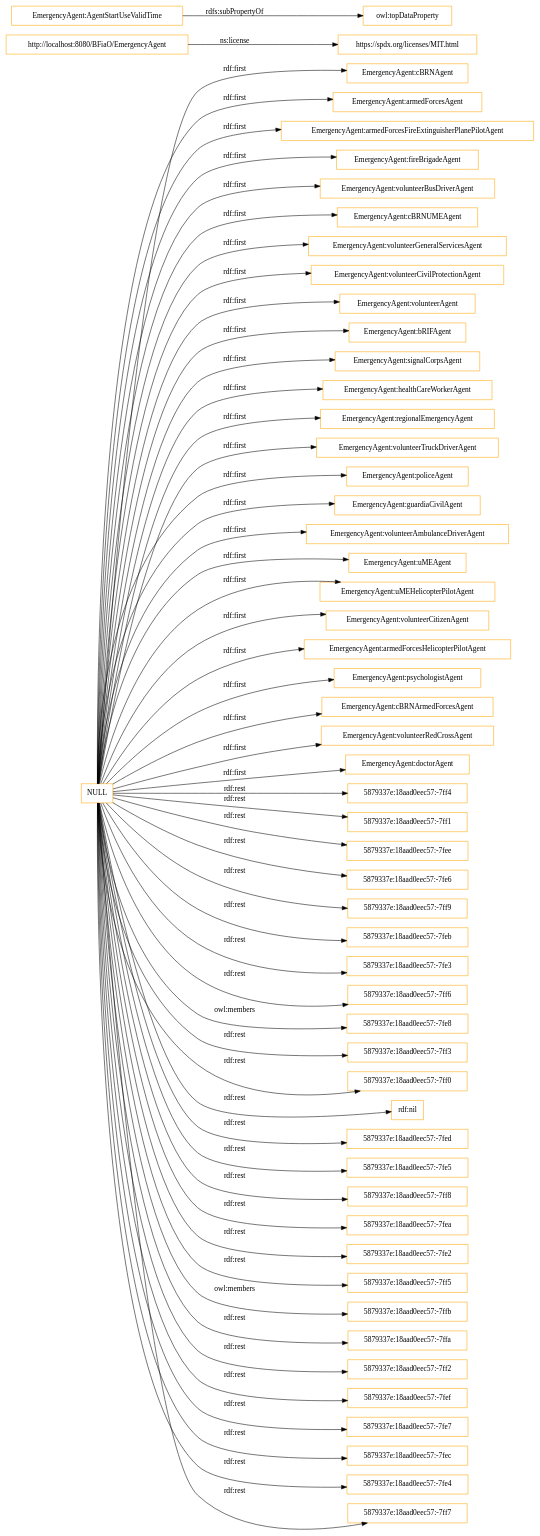
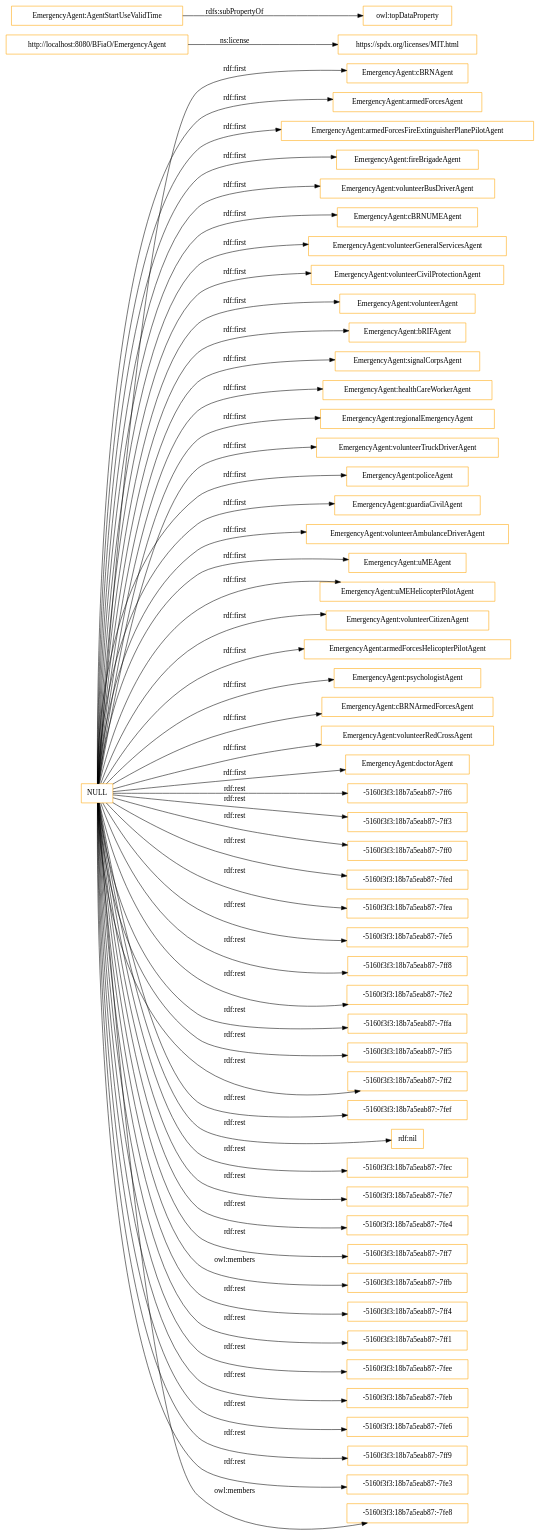
Before and after one commit to ahmad88me/bfiao: the diagram in OnToology/EmergencyAgent.owl/diagrams/ar2dtool-class/EmergencyAgent.owl.png.dot, drawn with Graphviz. The commit also changed 25 other files, not shown here.

```diff
--- a/OnToology/EmergencyAgent.owl/diagrams/ar2dtool-class/EmergencyAgent.owl.png.dot
+++ b/OnToology/EmergencyAgent.owl/diagrams/ar2dtool-class/EmergencyAgent.owl.png.dot
@@ -1,59 +1,59 @@
 digraph ar2dtool_diagram { 
 rankdir=LR;
 size="1501"
 node [shape = rectangle, color="orange"]; "EmergencyAgent:cBRNAgent" "EmergencyAgent:armedForcesAgent" "EmergencyAgent:armedForcesFireExtinguisherPlanePilotAgent" "EmergencyAgent:fireBrigadeAgent" "EmergencyAgent:volunteerBusDriverAgent" "EmergencyAgent:cBRNUMEAgent" "EmergencyAgent:volunteerGeneralServicesAgent" "EmergencyAgent:volunteerCivilProtectionAgent" "EmergencyAgent:volunteerAgent" "EmergencyAgent:bRIFAgent" "EmergencyAgent:signalCorpsAgent" "EmergencyAgent:healthCareWorkerAgent" "EmergencyAgent:regionalEmergencyAgent" "EmergencyAgent:volunteerTruckDriverAgent" "EmergencyAgent:policeAgent" "EmergencyAgent:guardiaCivilAgent" "EmergencyAgent:volunteerAmbulanceDriverAgent" "EmergencyAgent:uMEAgent" "EmergencyAgent:uMEHelicopterPilotAgent" "EmergencyAgent:volunteerCitizenAgent" "EmergencyAgent:armedForcesHelicopterPilotAgent" "EmergencyAgent:psychologistAgent" "EmergencyAgent:cBRNArmedForcesAgent" "EmergencyAgent:volunteerRedCrossAgent" "EmergencyAgent:doctorAgent" ; /*classes style*/
 	"http://localhost:8080/BFiaO/EmergencyAgent" -> "https://spdx.org/licenses/MIT.html" [ label = "ns:license" ];
+	"NULL" -> "-5160f3f3:18b7a5eab87:-7ff6" [ label = "rdf:rest" ];
 	"NULL" -> "EmergencyAgent:volunteerTruckDriverAgent" [ label = "rdf:first" ];
-	"NULL" -> "5879337e:18aad0eec57:-7ff4" [ label = "rdf:rest" ];
-	"NULL" -> "5879337e:18aad0eec57:-7ff1" [ label = "rdf:rest" ];
+	"NULL" -> "-5160f3f3:18b7a5eab87:-7ff3" [ label = "rdf:rest" ];
+	"NULL" -> "-5160f3f3:18b7a5eab87:-7ff0" [ label = "rdf:rest" ];
 	"NULL" -> "EmergencyAgent:uMEHelicopterPilotAgent" [ label = "rdf:first" ];
 	"NULL" -> "EmergencyAgent:bRIFAgent" [ label = "rdf:first" ];
 	"NULL" -> "EmergencyAgent:volunteerGeneralServicesAgent" [ label = "rdf:first" ];
-	"NULL" -> "5879337e:18aad0eec57:-7fee" [ label = "rdf:rest" ];
-	"NULL" -> "5879337e:18aad0eec57:-7fe6" [ label = "rdf:rest" ];
-	"NULL" -> "5879337e:18aad0eec57:-7ff9" [ label = "rdf:rest" ];
-	"NULL" -> "5879337e:18aad0eec57:-7feb" [ label = "rdf:rest" ];
+	"NULL" -> "-5160f3f3:18b7a5eab87:-7fed" [ label = "rdf:rest" ];
+	"NULL" -> "-5160f3f3:18b7a5eab87:-7fea" [ label = "rdf:rest" ];
+	"NULL" -> "-5160f3f3:18b7a5eab87:-7fe5" [ label = "rdf:rest" ];
 	"NULL" -> "EmergencyAgent:cBRNArmedForcesAgent" [ label = "rdf:first" ];
 	"NULL" -> "EmergencyAgent:regionalEmergencyAgent" [ label = "rdf:first" ];
-	"NULL" -> "5879337e:18aad0eec57:-7fe3" [ label = "rdf:rest" ];
+	"NULL" -> "-5160f3f3:18b7a5eab87:-7ff8" [ label = "rdf:rest" ];
 	"NULL" -> "EmergencyAgent:fireBrigadeAgent" [ label = "rdf:first" ];
-	"NULL" -> "5879337e:18aad0eec57:-7ff6" [ label = "rdf:rest" ];
+	"NULL" -> "-5160f3f3:18b7a5eab87:-7fe2" [ label = "rdf:rest" ];
 	"NULL" -> "EmergencyAgent:volunteerRedCrossAgent" [ label = "rdf:first" ];
-	"NULL" -> "5879337e:18aad0eec57:-7fe8" [ label = "owl:members" ];
-	"NULL" -> "5879337e:18aad0eec57:-7ff3" [ label = "rdf:rest" ];
-	"NULL" -> "5879337e:18aad0eec57:-7ff0" [ label = "rdf:rest" ];
+	"NULL" -> "-5160f3f3:18b7a5eab87:-7ffa" [ label = "rdf:rest" ];
+	"NULL" -> "-5160f3f3:18b7a5eab87:-7ff5" [ label = "rdf:rest" ];
+	"NULL" -> "-5160f3f3:18b7a5eab87:-7ff2" [ label = "rdf:rest" ];
+	"NULL" -> "-5160f3f3:18b7a5eab87:-7fef" [ label = "rdf:rest" ];
 	"NULL" -> "EmergencyAgent:armedForcesHelicopterPilotAgent" [ label = "rdf:first" ];
 	"NULL" -> "rdf:nil" [ label = "rdf:rest" ];
 	"NULL" -> "EmergencyAgent:doctorAgent" [ label = "rdf:first" ];
-	"NULL" -> "5879337e:18aad0eec57:-7fed" [ label = "rdf:rest" ];
-	"NULL" -> "5879337e:18aad0eec57:-7fe5" [ label = "rdf:rest" ];
-	"NULL" -> "5879337e:18aad0eec57:-7ff8" [ label = "rdf:rest" ];
+	"NULL" -> "-5160f3f3:18b7a5eab87:-7fec" [ label = "rdf:rest" ];
+	"NULL" -> "-5160f3f3:18b7a5eab87:-7fe7" [ label = "rdf:rest" ];
+	"NULL" -> "-5160f3f3:18b7a5eab87:-7fe4" [ label = "rdf:rest" ];
 	"NULL" -> "EmergencyAgent:guardiaCivilAgent" [ label = "rdf:first" ];
-	"NULL" -> "5879337e:18aad0eec57:-7fea" [ label = "rdf:rest" ];
-	"NULL" -> "5879337e:18aad0eec57:-7fe2" [ label = "rdf:rest" ];
 	"NULL" -> "EmergencyAgent:psychologistAgent" [ label = "rdf:first" ];
-	"NULL" -> "5879337e:18aad0eec57:-7ff5" [ label = "rdf:rest" ];
-	"NULL" -> "5879337e:18aad0eec57:-7ffb" [ label = "owl:members" ];
+	"NULL" -> "-5160f3f3:18b7a5eab87:-7ff7" [ label = "rdf:rest" ];
+	"NULL" -> "-5160f3f3:18b7a5eab87:-7ffb" [ label = "owl:members" ];
+	"NULL" -> "-5160f3f3:18b7a5eab87:-7ff4" [ label = "rdf:rest" ];
+	"NULL" -> "EmergencyAgent:cBRNAgent" [ label = "rdf:first" ];
+	"NULL" -> "EmergencyAgent:healthCareWorkerAgent" [ label = "rdf:first" ];
 	"NULL" -> "EmergencyAgent:armedForcesAgent" [ label = "rdf:first" ];
-	"NULL" -> "EmergencyAgent:healthCareWorkerAgent" [ label = "rdf:first" ];
-	"NULL" -> "EmergencyAgent:cBRNAgent" [ label = "rdf:first" ];
-	"NULL" -> "5879337e:18aad0eec57:-7ffa" [ label = "rdf:rest" ];
-	"NULL" -> "5879337e:18aad0eec57:-7ff2" [ label = "rdf:rest" ];
 	"NULL" -> "EmergencyAgent:policeAgent" [ label = "rdf:first" ];
+	"NULL" -> "-5160f3f3:18b7a5eab87:-7ff1" [ label = "rdf:rest" ];
 	"NULL" -> "EmergencyAgent:volunteerAgent" [ label = "rdf:first" ];
 	"NULL" -> "EmergencyAgent:volunteerAmbulanceDriverAgent" [ label = "rdf:first" ];
 	"NULL" -> "EmergencyAgent:signalCorpsAgent" [ label = "rdf:first" ];
+	"NULL" -> "-5160f3f3:18b7a5eab87:-7fee" [ label = "rdf:rest" ];
 	"NULL" -> "EmergencyAgent:volunteerBusDriverAgent" [ label = "rdf:first" ];
-	"NULL" -> "5879337e:18aad0eec57:-7fef" [ label = "rdf:rest" ];
-	"NULL" -> "5879337e:18aad0eec57:-7fe7" [ label = "rdf:rest" ];
 	"NULL" -> "EmergencyAgent:uMEAgent" [ label = "rdf:first" ];
 	"NULL" -> "EmergencyAgent:volunteerCitizenAgent" [ label = "rdf:first" ];
-	"NULL" -> "5879337e:18aad0eec57:-7fec" [ label = "rdf:rest" ];
+	"NULL" -> "-5160f3f3:18b7a5eab87:-7feb" [ label = "rdf:rest" ];
+	"NULL" -> "-5160f3f3:18b7a5eab87:-7fe6" [ label = "rdf:rest" ];
 	"NULL" -> "EmergencyAgent:volunteerCivilProtectionAgent" [ label = "rdf:first" ];
-	"NULL" -> "5879337e:18aad0eec57:-7fe4" [ label = "rdf:rest" ];
+	"NULL" -> "-5160f3f3:18b7a5eab87:-7ff9" [ label = "rdf:rest" ];
 	"NULL" -> "EmergencyAgent:cBRNUMEAgent" [ label = "rdf:first" ];
-	"NULL" -> "5879337e:18aad0eec57:-7ff7" [ label = "rdf:rest" ];
+	"NULL" -> "-5160f3f3:18b7a5eab87:-7fe3" [ label = "rdf:rest" ];
+	"NULL" -> "-5160f3f3:18b7a5eab87:-7fe8" [ label = "owl:members" ];
 	"NULL" -> "EmergencyAgent:armedForcesFireExtinguisherPlanePilotAgent" [ label = "rdf:first" ];
 	"EmergencyAgent:AgentStartUseValidTime" -> "owl:topDataProperty" [ label = "rdfs:subPropertyOf" ];
 
 }
```
